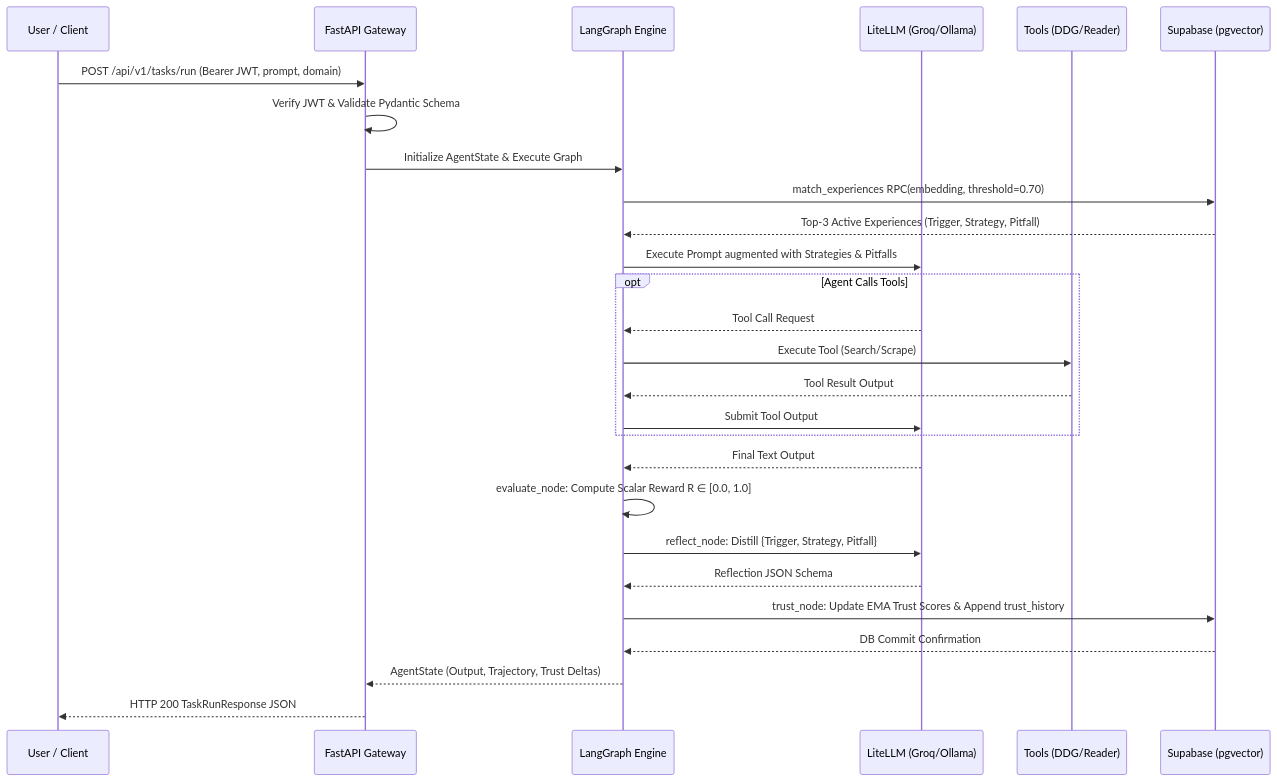
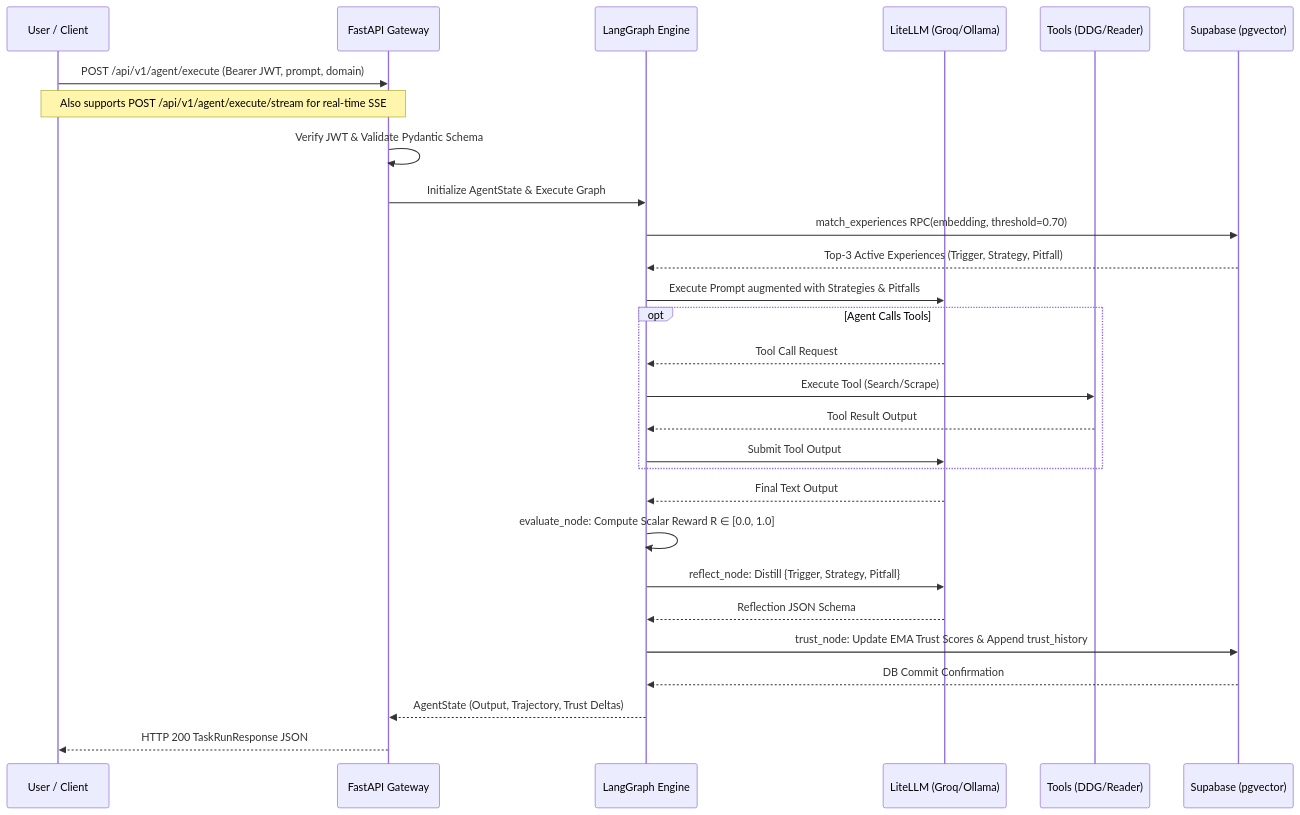
The diagram in docs/09-lld.md (Sumit-ai-dev/Adaptive-Agent-Memory-OJT-G146), drawn with Mermaid before and after one commit. The commit also changed other lines of this file and 11 other files, not shown here.

Commit message:
docs: align 3-month roadmap, team responsibilities, and technical specifications

````diff
--- a/docs/09-lld.md
+++ b/docs/09-lld.md
@@ -115,35 +112,36 @@
 ```mermaid
 sequenceDiagram
     participant U as User / Client
     participant A as FastAPI Gateway
     participant G as LangGraph Engine
     participant M as LiteLLM (Groq/Ollama)
     participant T as Tools (DDG/Reader)
     participant D as Supabase (pgvector)
 
-    U->>A: POST /api/v1/tasks/run (Bearer JWT, prompt, domain)
+    U->>A: POST /api/v1/agent/execute (Bearer JWT, prompt, domain)
+    Note over U,A: Also supports POST /api/v1/agent/execute/stream for real-time SSE
     A->>A: Verify JWT & Validate Pydantic Schema
     A->>G: Initialize AgentState & Execute Graph
     
     G->>D: match_experiences RPC(embedding, threshold=0.70)
     D-->>G: Top-3 Active Experiences (Trigger, Strategy, Pitfall)
     
     G->>M: Execute Prompt augmented with Strategies & Pitfalls
     opt Agent Calls Tools
         M-->>G: Tool Call Request
         G->>T: Execute Tool (Search/Scrape)
         T-->>G: Tool Result Output
         G->>M: Submit Tool Output
     end
     M-->>G: Final Text Output
     
     G->>G: evaluate_node: Compute Scalar Reward R ∈ [0.0, 1.0]
     G->>M: reflect_node: Distill {Trigger, Strategy, Pitfall}
     M-->>G: Reflection JSON Schema
     
     G->>D: trust_node: Update EMA Trust Scores & Append trust_history
     D-->>G: DB Commit Confirmation
     
     G-->>A: AgentState (Output, Trajectory, Trust Deltas)
     A-->>U: HTTP 200 TaskRunResponse JSON
 ```
````
